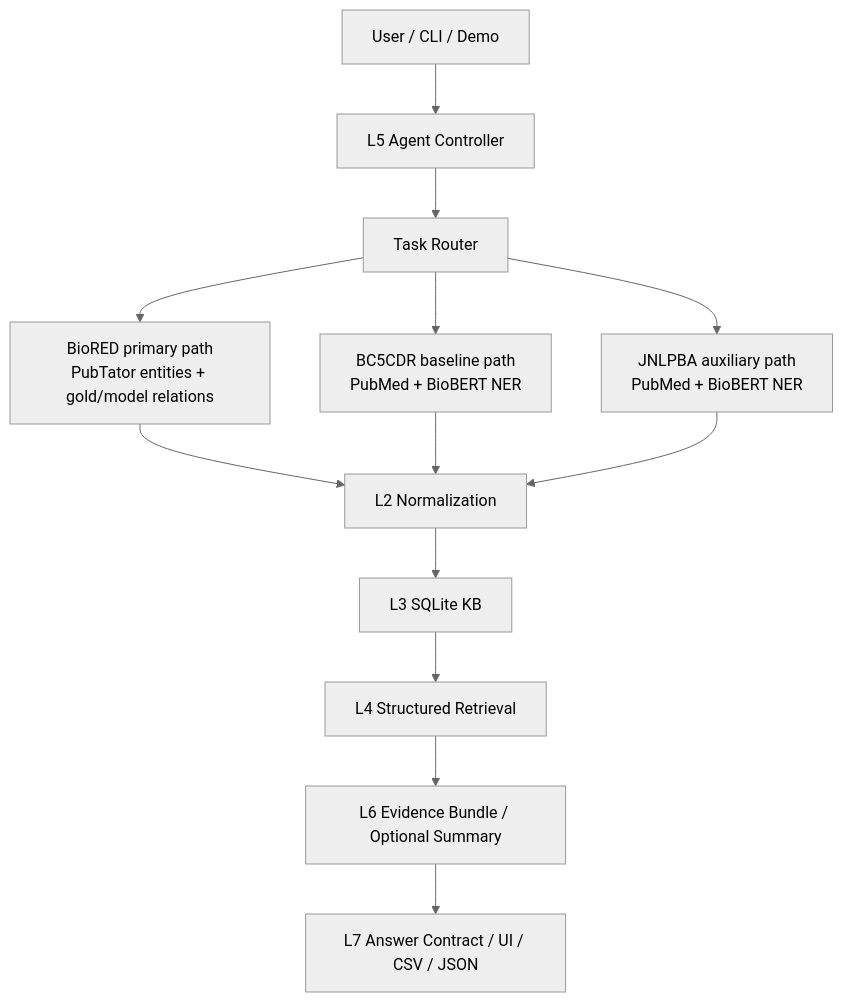
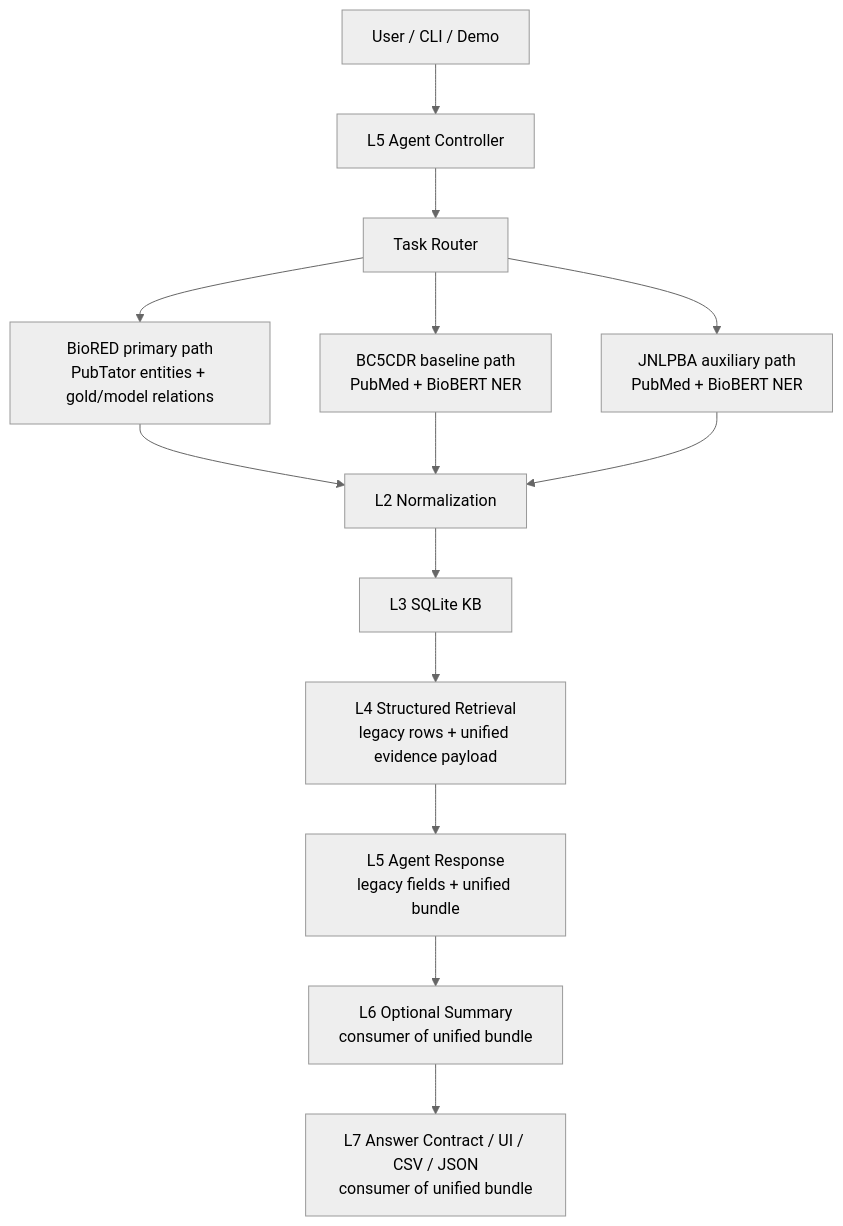
One commit to Yi104/biomedical_literature_intelligence_engine changed the diagram in SYSTEM_DESIGN.md. Above: the diagram before and after it, drawn with Mermaid (neutral theme). The commit also changed other lines of this file and 9 other files, not shown here.

````diff
--- a/SYSTEM_DESIGN.md
+++ b/SYSTEM_DESIGN.md
@@ -38,18 +42,19 @@
 ```mermaid
 flowchart TB
     U["User / CLI / Demo"] --> A["L5 Agent Controller"]
     A --> R["Task Router"]
 
     R --> B["BioRED primary path<br/>PubTator entities + gold/model relations"]
     R --> C["BC5CDR baseline path<br/>PubMed + BioBERT NER"]
     R --> D["JNLPBA auxiliary path<br/>PubMed + BioBERT NER"]
 
     B --> N["L2 Normalization"]
     C --> N
     D --> N
 
     N --> K["L3 SQLite KB"]
-    K --> Q["L4 Structured Retrieval"]
-    Q --> S["L6 Evidence Bundle / Optional Summary"]
-    S --> O["L7 Answer Contract / UI / CSV / JSON"]
+    K --> Q["L4 Structured Retrieval<br/>legacy rows + unified evidence payload"]
+    Q --> S["L5 Agent Response<br/>legacy fields + unified bundle"]
+    S --> T["L6 Optional Summary<br/>consumer of unified bundle"]
+    T --> O["L7 Answer Contract / UI / CSV / JSON<br/>consumer of unified bundle"]
 ```
````
